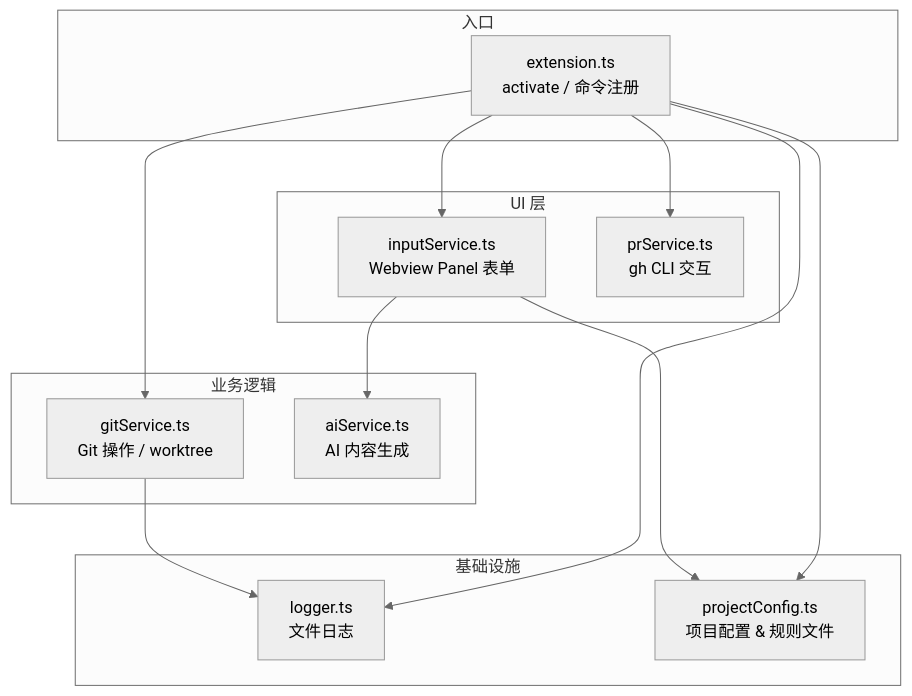
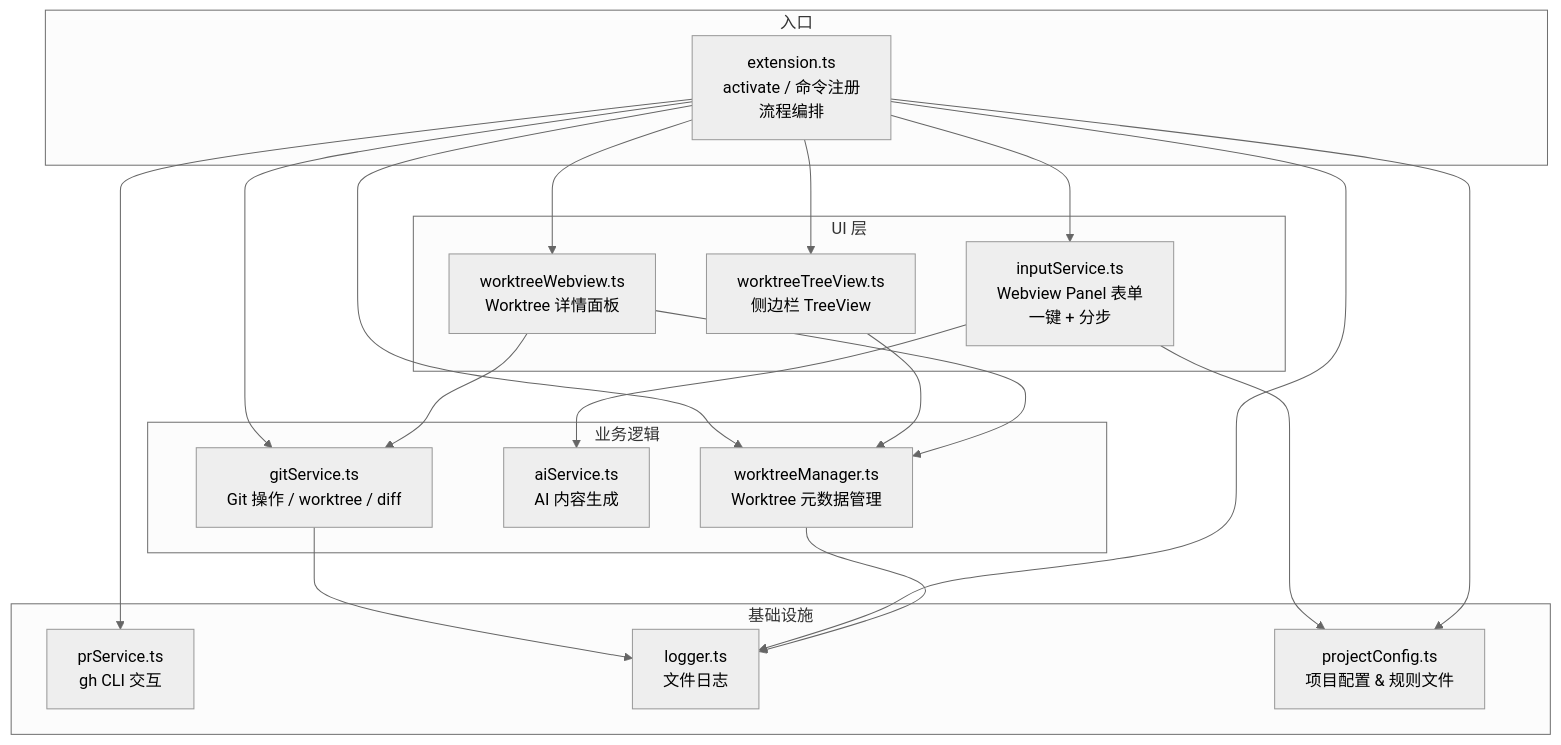
The first of 2 diagrams in 实现文档.md (SunYanbox/quick-pr), drawn with Mermaid (neutral theme) before and after one commit. The commit also changed other lines of this file and 1 other file, not shown here.

Commit message:
docs: update implementation guide to reflect step-by-step workflow and TreeView integration

````diff
--- a/实现文档.md
+++ b/实现文档.md
@@ -11,30 +11,40 @@
 ```mermaid
 flowchart TD
   subgraph "入口"
-    A[extension.ts<br/>activate / 命令注册]
+    A[extension.ts<br/>activate / 命令注册<br/>流程编排]
   end
 
   subgraph "UI 层"
-    B[inputService.ts<br/>Webview Panel 表单]
-    C[prService.ts<br/>gh CLI 交互]
+    B[inputService.ts<br/>Webview Panel 表单<br/>一键 + 分步]
+    I[worktreeTreeView.ts<br/>侧边栏 TreeView]
+    J[worktreeWebview.ts<br/>Worktree 详情面板]
   end
 
   subgraph "业务逻辑"
-    D[gitService.ts<br/>Git 操作 / worktree]
+    D[gitService.ts<br/>Git 操作 / worktree / diff]
     E[aiService.ts<br/>AI 内容生成]
+    H[worktreeManager.ts<br/>Worktree 元数据管理]
   end
 
   subgraph "基础设施"
+    C[prService.ts<br/>gh CLI 交互]
     F[logger.ts<br/>文件日志]
     G[projectConfig.ts<br/>项目配置 & 规则文件]
   end
 
   A --> B
   A --> C
   A --> D
+  A --> H
+  A --> I
+  A --> J
   B --> E
   B --> G
   D --> F
   A --> F
   A --> G
+  H --> F
+  I --> H
+  J --> D
+  J --> H
 ```
````
